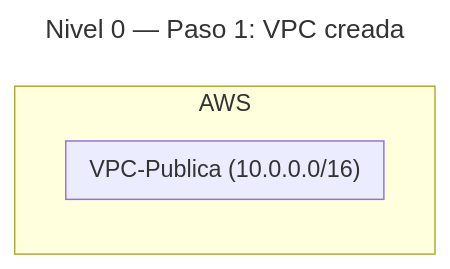
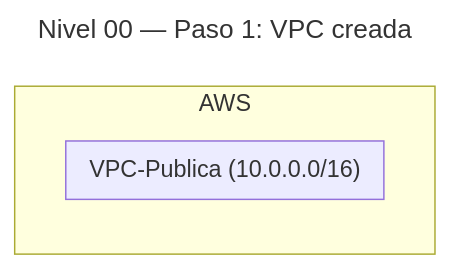
The second of 8 diagrams in SAA-C03/es/Prácticas/Fácil/Nivel-00.md (Marcos-SA-git/AWS-Certifications), drawn with Mermaid before and after one commit. The commit also changed other lines of this file, not shown here.

````diff
--- a/SAA-C03/es/Prácticas/Fácil/Nivel-00.md
+++ b/SAA-C03/es/Prácticas/Fácil/Nivel-00.md
@@ -62,10 +62,10 @@
 ```mermaid
 ---
-title: "Nivel 0 — Paso 1: VPC creada"
+title: "Nivel 00 — Paso 1: VPC creada"
 ---
 graph BT
 subgraph AWS[AWS]
   subgraph VPC["VPC-Publica (10.0.0.0/16)"]
   end
 end
 ```
````
